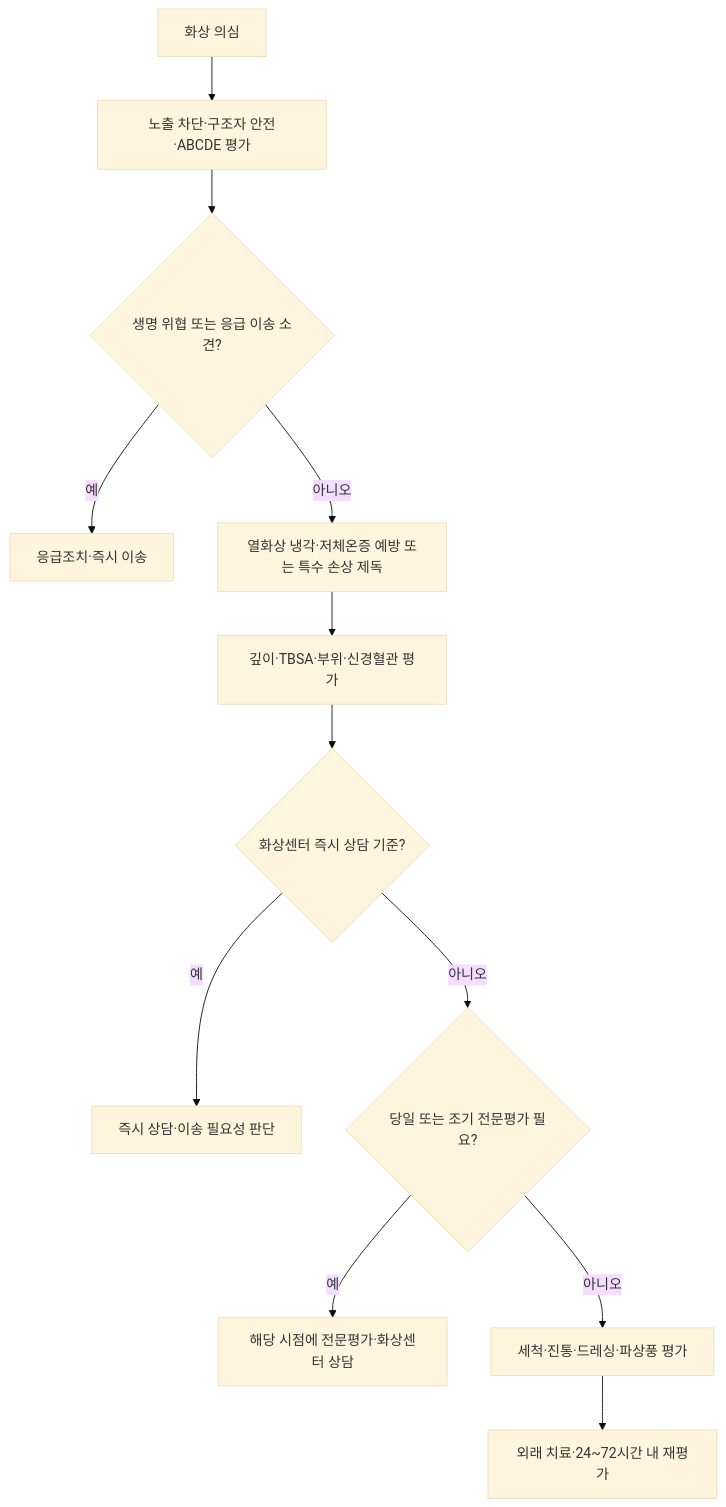
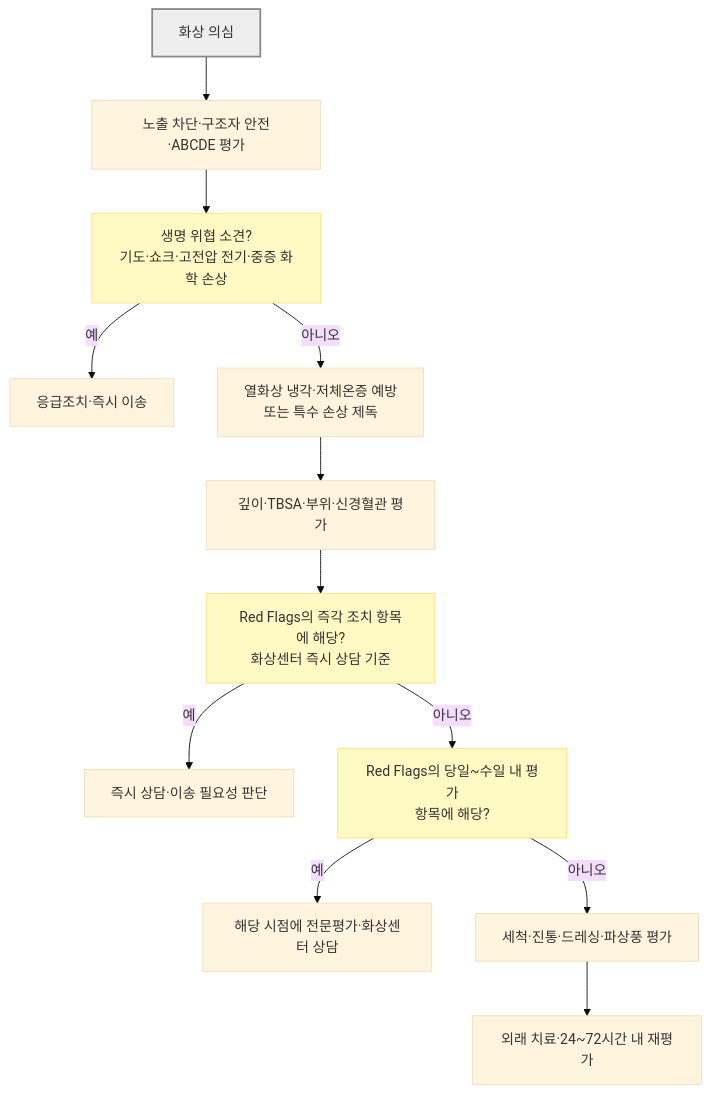
The diagram in 230_/206_-burn.md (familyoh77/familyoh77), drawn with Mermaid (base theme) before and after one commit. The commit also changed other lines of this file and 4 other files, not shown here.

````diff
--- a/230_/206_-burn.md
+++ b/230_/206_-burn.md
@@ -103,14 +100,17 @@
 ```mermaid
 flowchart TB
     A["화상 의심"] --> B["노출 차단·구조자 안전·ABCDE 평가"]
-    B --> C{"생명 위협 또는 응급 이송 소견?"}
-    C -->|예| D["응급조치·즉시 이송"]
-    C -->|아니오| E["열화상 냉각·저체온증 예방 또는 특수 손상 제독"]
+    B --> C["생명 위협 소견?<br>기도·쇼크·고전압 전기·중증 화학 손상"]
+    C -->|"예"| D["응급조치·즉시 이송"]
+    C -->|"아니오"| E["열화상 냉각·저체온증 예방<br>또는 특수 손상 제독"]
     E --> F["깊이·TBSA·부위·신경혈관 평가"]
-    F --> G{"화상센터 즉시 상담 기준?"}
-    G -->|예| H["즉시 상담·이송 필요성 판단"]
-    G -->|아니오| I{"당일 또는 조기 전문평가 필요?"}
-    I -->|예| J["해당 시점에 전문평가·화상센터 상담"]
-    I -->|아니오| K["세척·진통·드레싱·파상풍 평가"]
+    F --> G["Red Flags의 즉각 조치 항목에 해당?<br>화상센터 즉시 상담 기준"]
+    G -->|"예"| H["즉시 상담·이송 필요성 판단"]
+    G -->|"아니오"| I["Red Flags의 당일~수일 내 평가<br>항목에 해당?"]
+    I -->|"예"| J["해당 시점에 전문평가·화상센터 상담"]
+    I -->|"아니오"| K["세척·진통·드레싱·파상풍 평가"]
     K --> L["외래 치료·24~72시간 내 재평가"]
+    classDef question fill:#fff9c4,stroke:#ffe082
+    class C,G,I question
+    style A fill:#eeeeee,stroke:#888888,stroke-width:2px
 ```
````
